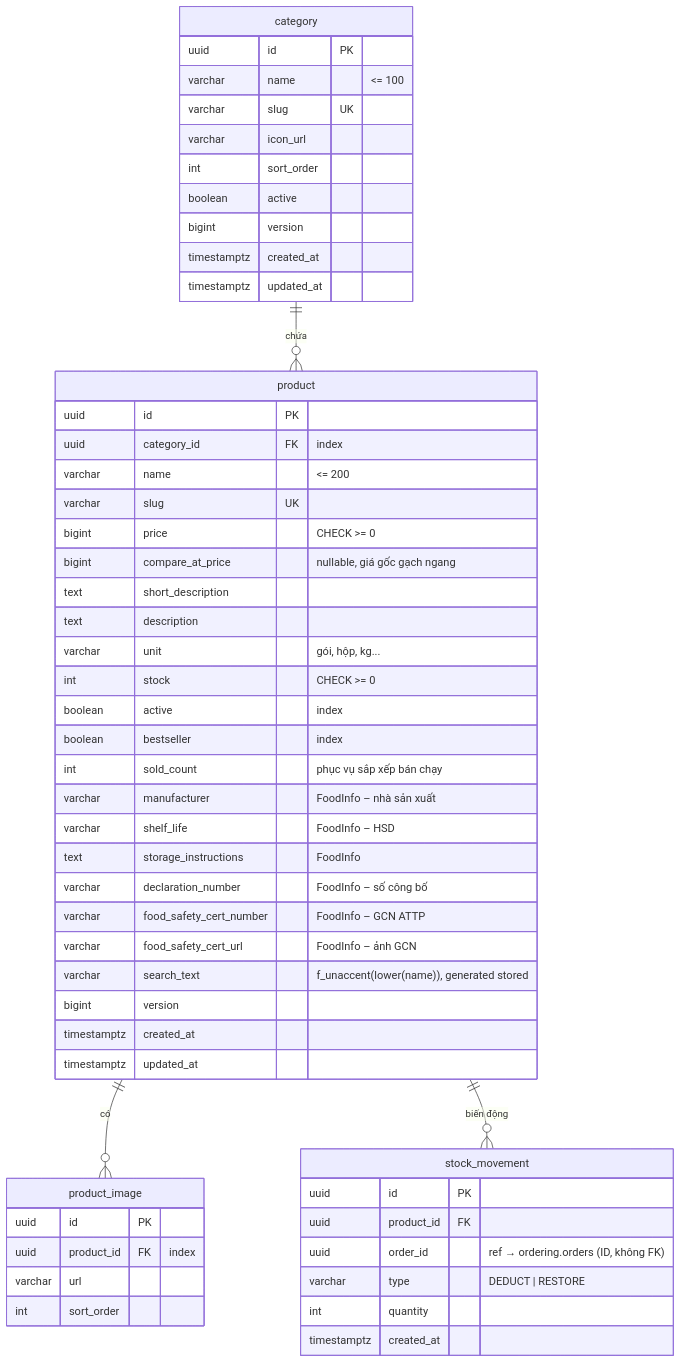
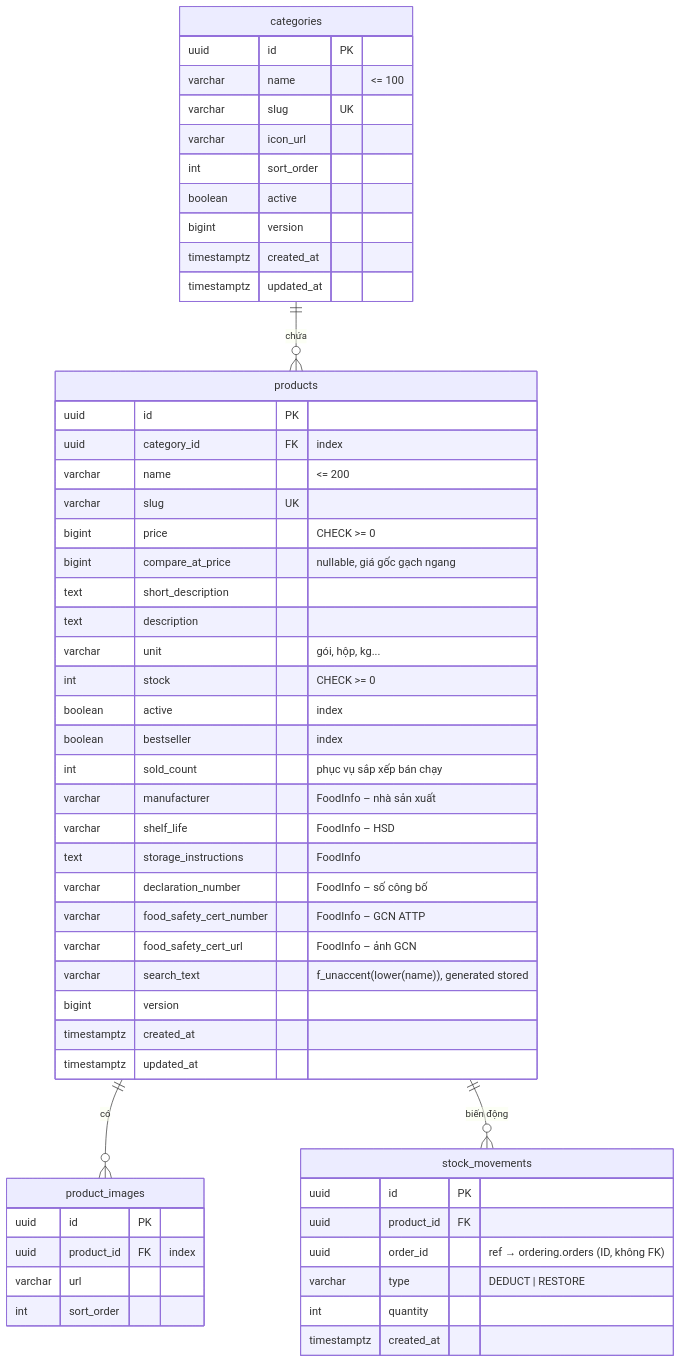
Before and after one commit to Vietnguyen203/Hwingroupweb: the second of 6 diagrams in docs/02-erd.md, drawn with Mermaid. The commit also changed other lines of this file and 415 other files, not shown here.

````diff
--- a/docs/02-erd.md
+++ b/docs/02-erd.md
@@ -88,60 +88,60 @@
 ```mermaid
 erDiagram
-    category ||--o{ product : "chứa"
-    product ||--o{ product_image : "có"
-    product ||--o{ stock_movement : "biến động"
+    categories ||--o{ products : "chứa"
+    products ||--o{ product_images : "có"
+    products ||--o{ stock_movements : "biến động"
 
-    category {
+    categories {
         uuid id PK
         varchar name "<= 100"
         varchar slug UK
         varchar icon_url
         int sort_order
         boolean active
         bigint version
         timestamptz created_at
         timestamptz updated_at
     }
 
-    product {
+    products {
         uuid id PK
         uuid category_id FK "index"
         varchar name "<= 200"
         varchar slug UK
         bigint price "CHECK >= 0"
         bigint compare_at_price "nullable, giá gốc gạch ngang"
         text short_description
         text description
         varchar unit "gói, hộp, kg..."
         int stock "CHECK >= 0"
         boolean active "index"
         boolean bestseller "index"
         int sold_count "phục vụ sắp xếp bán chạy"
         varchar manufacturer "FoodInfo – nhà sản xuất"
         varchar shelf_life "FoodInfo – HSD"
         text storage_instructions "FoodInfo"
         varchar declaration_number "FoodInfo – số công bố"
         varchar food_safety_cert_number "FoodInfo – GCN ATTP"
         varchar food_safety_cert_url "FoodInfo – ảnh GCN"
         varchar search_text "f_unaccent(lower(name)), generated stored"
         bigint version
         timestamptz created_at
         timestamptz updated_at
     }
 
-    product_image {
+    product_images {
         uuid id PK
         uuid product_id FK "index"
         varchar url
         int sort_order
     }
 
-    stock_movement {
+    stock_movements {
         uuid id PK
         uuid product_id FK
         uuid order_id "ref → ordering.orders (ID, không FK)"
         varchar type "DEDUCT | RESTORE"
         int quantity
         timestamptz created_at
     }
 ```
````
